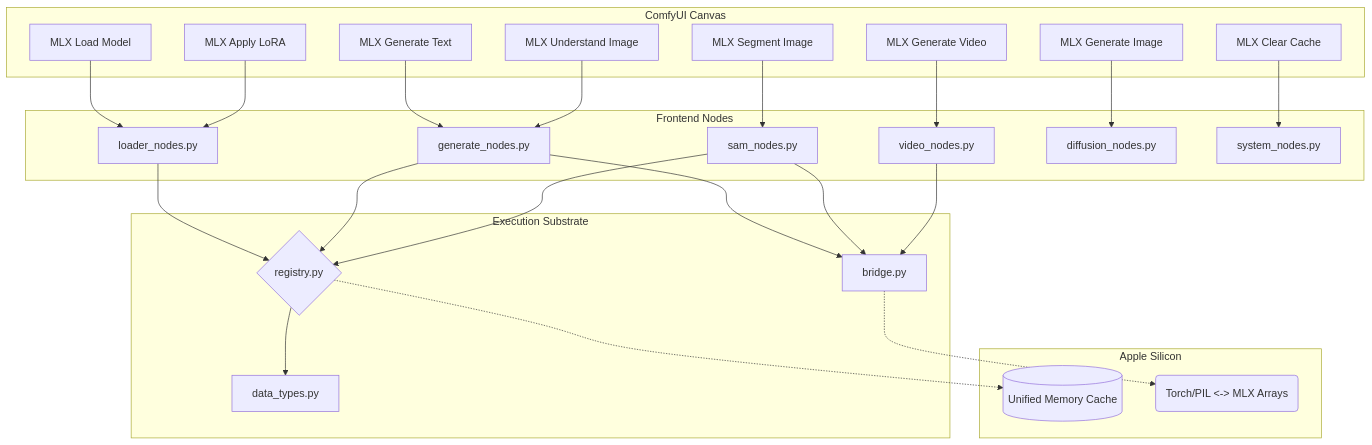
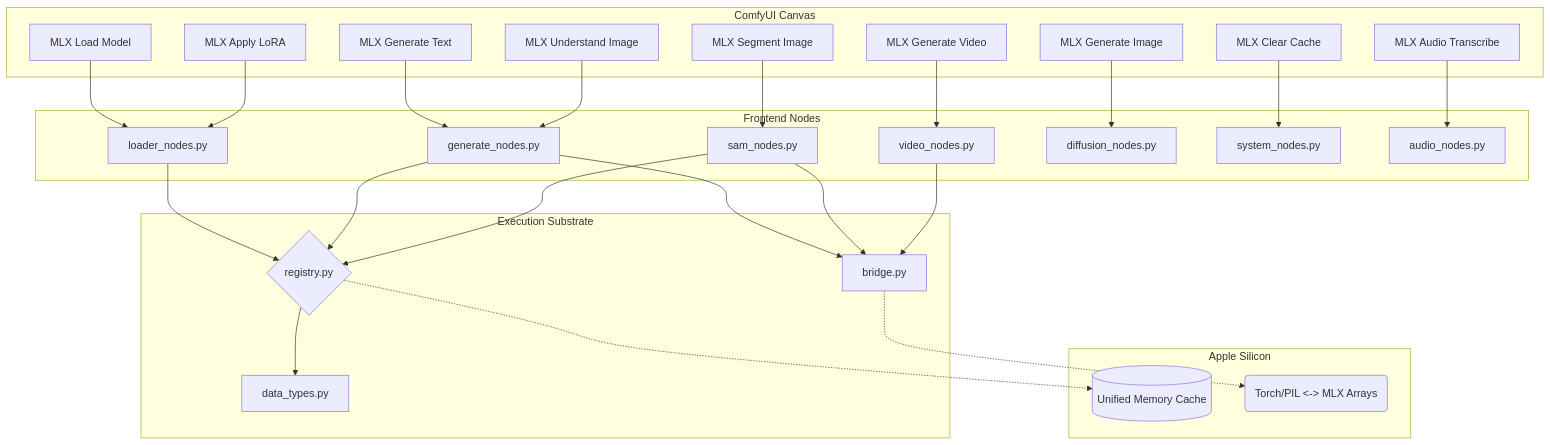
Before and after one commit to PrinceJonaa/ComfyUI-MLX-Universal: the diagram in README.md, drawn with Mermaid. The commit also changed other lines of this file and 4 other files, not shown here.

First line of the commit message:
feat: add MLXAudioTranscribe node utilizing mlx-whisper

````diff
--- a/README.md
+++ b/README.md
@@ -71,41 +72,43 @@
 ```mermaid
 graph TD
     subgraph ComfyUI Canvas
         UI_Load[MLX Load Model]
         UI_LoRA[MLX Apply LoRA]
         UI_GenText[MLX Generate Text]
         UI_VLM[MLX Understand Image]
         UI_SAM[MLX Segment Image]
         UI_Vid[MLX Generate Video]
         UI_Diff[MLX Generate Image]
         UI_Sys[MLX Clear Cache]
+        UI_Audio[MLX Audio Transcribe]
     end
 
     subgraph nodes/ [Frontend Nodes]
         UI_Load --> LN[loader_nodes.py]
         UI_LoRA --> LN
         UI_GenText --> GN[generate_nodes.py]
         UI_VLM --> GN
         UI_SAM --> SN[sam_nodes.py]
         UI_Vid --> VN[video_nodes.py]
         UI_Diff --> DN[diffusion_nodes.py]
         UI_Sys --> SysN[system_nodes.py]
+        UI_Audio --> AN[audio_nodes.py]
     end
 
     subgraph runtime/ [Execution Substrate]
         LN --> Reg{registry.py}
         GN --> Reg
         SN --> Reg
         
         GN --> Bridge[bridge.py]
         SN --> Bridge
         VN --> Bridge
         
         Reg --> Data[data_types.py]
     end
     
     subgraph Apple Silicon
         Reg -.-> Unified_Memory[(Unified Memory Cache)]
         Bridge -.-> Tensors(Torch/PIL <-> MLX Arrays)
     end
 ```
````
